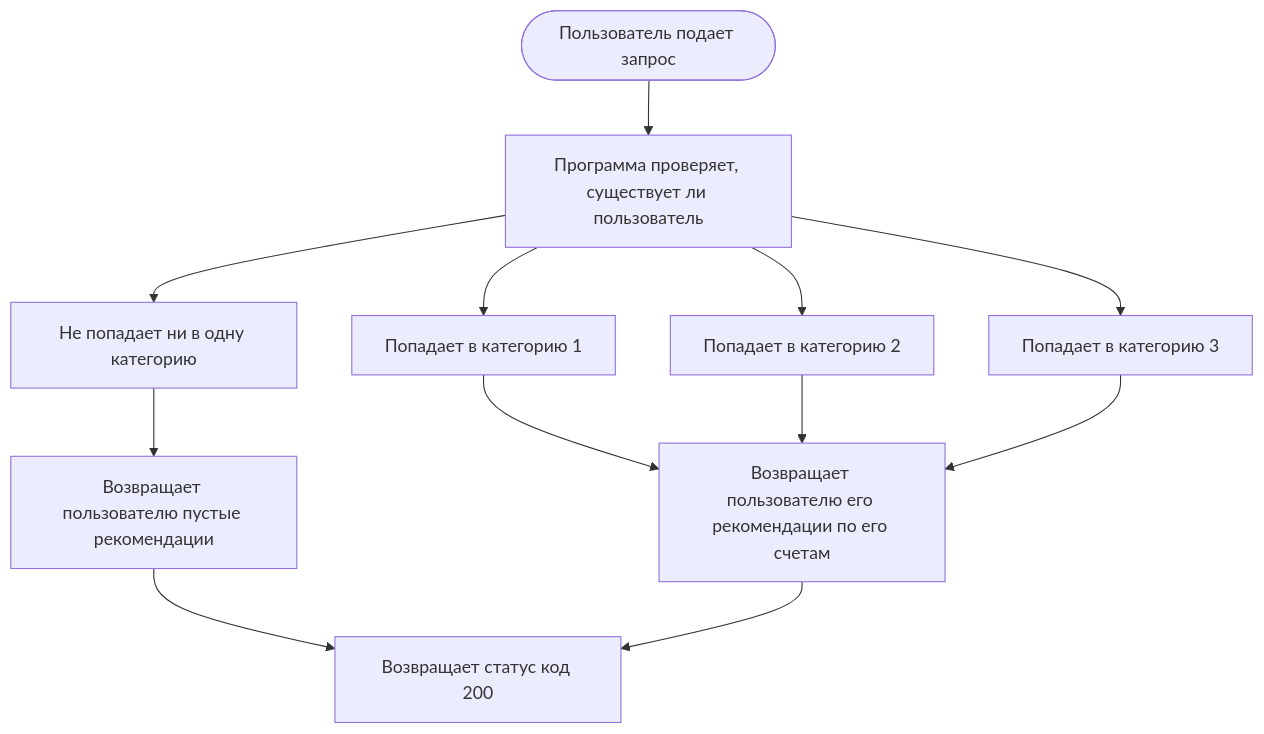
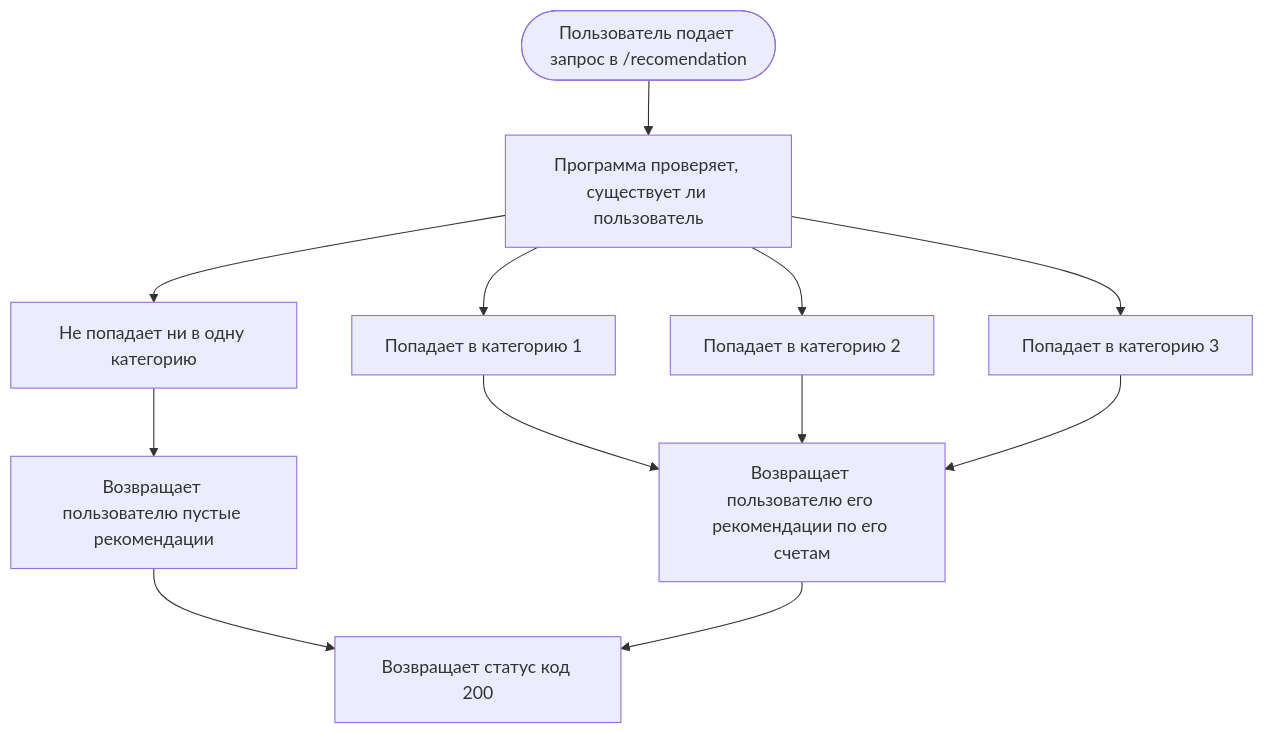
Before and after one commit to MariaSizz/Recomendation_Service: the second of 2 diagrams in redme.md, drawn with Mermaid. The commit also changed other lines of this file and 17 other files, not shown here.

````diff
--- a/redme.md
+++ b/redme.md
@@ -24,14 +32,14 @@
 ```mermaid
 flowchart TD
-A([Пользователь подает запрос]) --> B[Программа проверяет, существует ли пользователь]
+A([Пользователь подает запрос в /recomendation]) --> B[Программа проверяет, существует ли пользователь]
 B --> C[Попадает в категорию 1]
 B --> D[Попадает в категорию 2]
 B --> E[Попадает в категорию 3]
 B --> F[Не попадает ни в одну категорию]
 C --> G
 D --> G
 E --> G
 F --> H[Возвращает пользователю пустые рекомендации]
 H --> J
 G[Возвращает пользователю его рекомендации по его счетам] --> J[Возвращает статус код 200]
 ```
````
